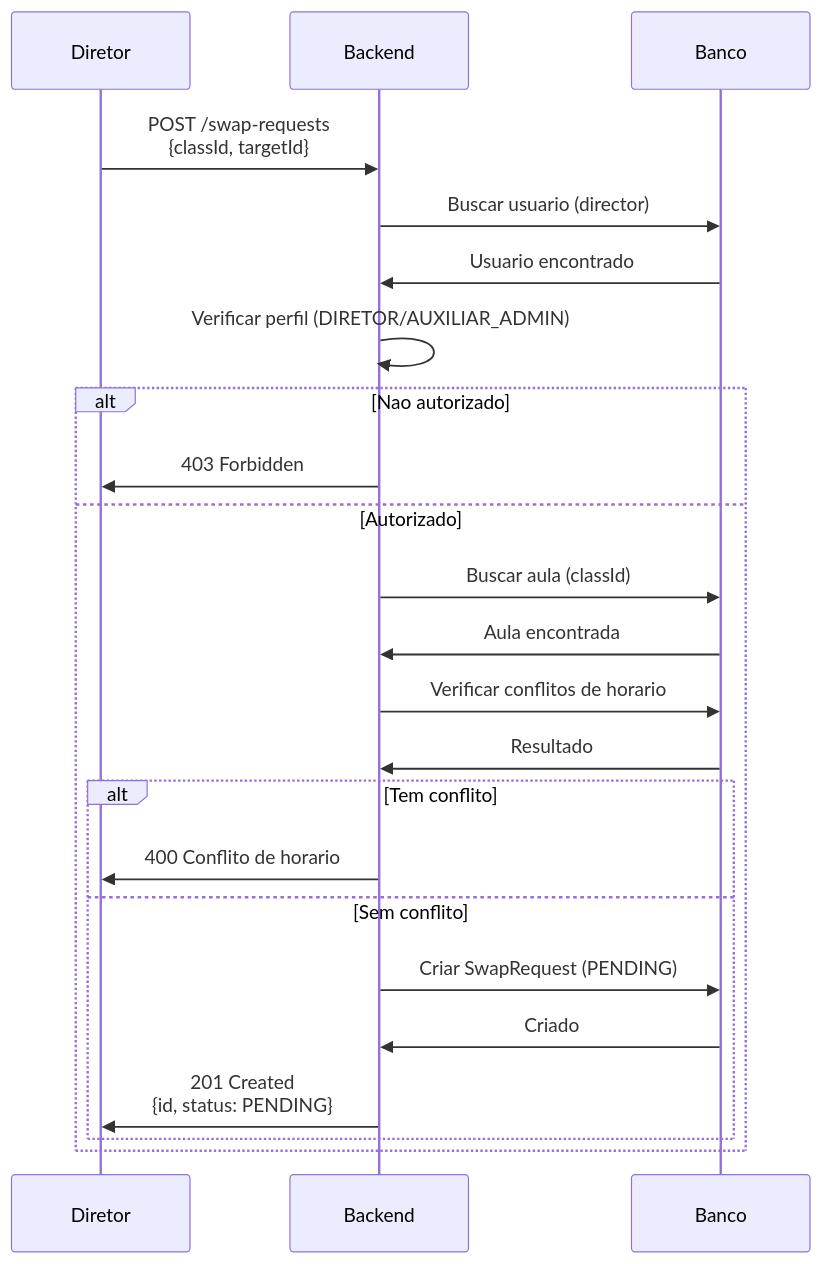
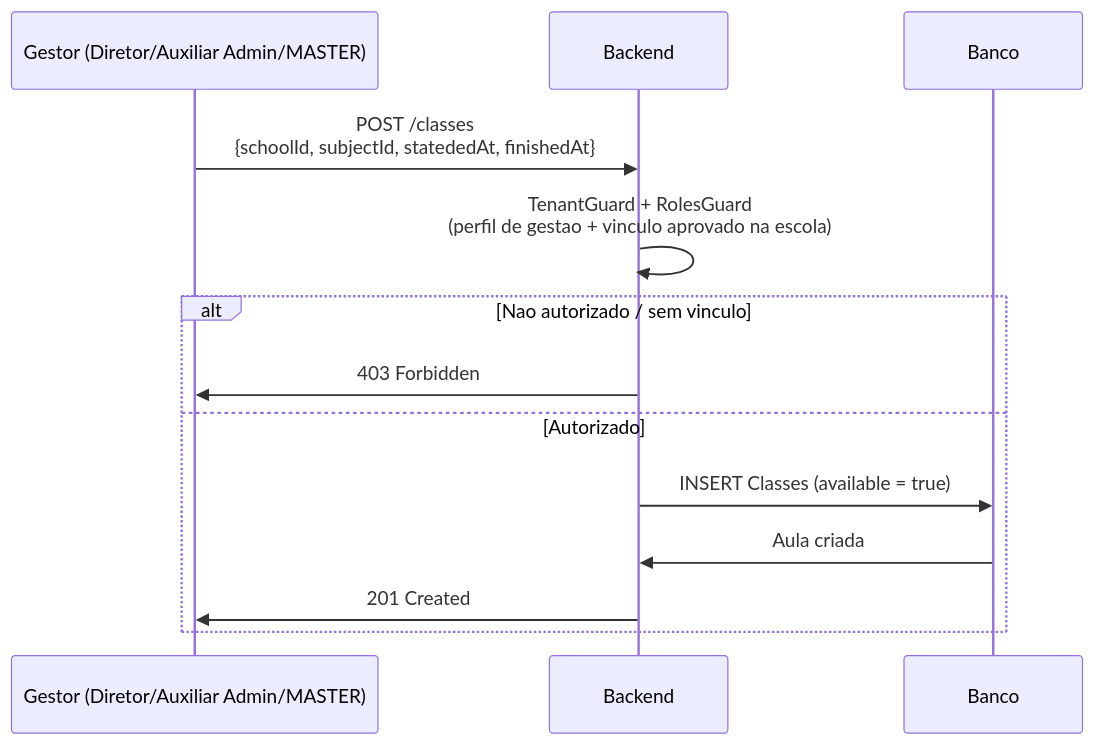
One commit to TROCA-AULA/troca-aula-backend changed the fifth of 14 diagrams in docs/07-fluxos-negocio.md. Above: the diagram before and after it, drawn with Mermaid. The commit also changed other lines of this file and 9 other files, not shown here.

````diff
--- a/docs/07-fluxos-negocio.md
+++ b/docs/07-fluxos-negocio.md
@@ -152,32 +167,18 @@
 ```mermaid
 sequenceDiagram
-    participant Director as Diretor
+    participant Gestor as Gestor (Diretor/Auxiliar Admin/MASTER)
     participant API as Backend
     participant DB as Banco
 
-    Director->>API: POST /swap-requests<br/>{classId, targetId}
+    Gestor->>API: POST /classes<br/>{schoolId, subjectId, statededAt, finishedAt}
     
-    API->>DB: Buscar usuario (director)
-    DB->>API: Usuario encontrado
+    API->>API: TenantGuard + RolesGuard<br/>(perfil de gestao + vinculo aprovado na escola)
     
-    API->>API: Verificar perfil (DIRETOR/AUXILIAR_ADMIN)
-    
-    alt Nao autorizado
-        API->>Director: 403 Forbidden
+    alt Nao autorizado / sem vinculo
+        API->>Gestor: 403 Forbidden
     else Autorizado
-        API->>DB: Buscar aula (classId)
-        DB->>API: Aula encontrada
-        
-        API->>DB: Verificar conflitos de horario
-        DB->>API: Resultado
-        
-        alt Tem conflito
-            API->>Director: 400 Conflito de horario
-        else Sem conflito
-            API->>DB: Criar SwapRequest (PENDING)
-            DB->>API: Criado
-            
-            API->>Director: 201 Created<br/>{id, status: PENDING}
-        end
+        API->>DB: INSERT Classes (available = true)
+        DB->>API: Aula criada
+        API->>Gestor: 201 Created
     end
 ```
````
